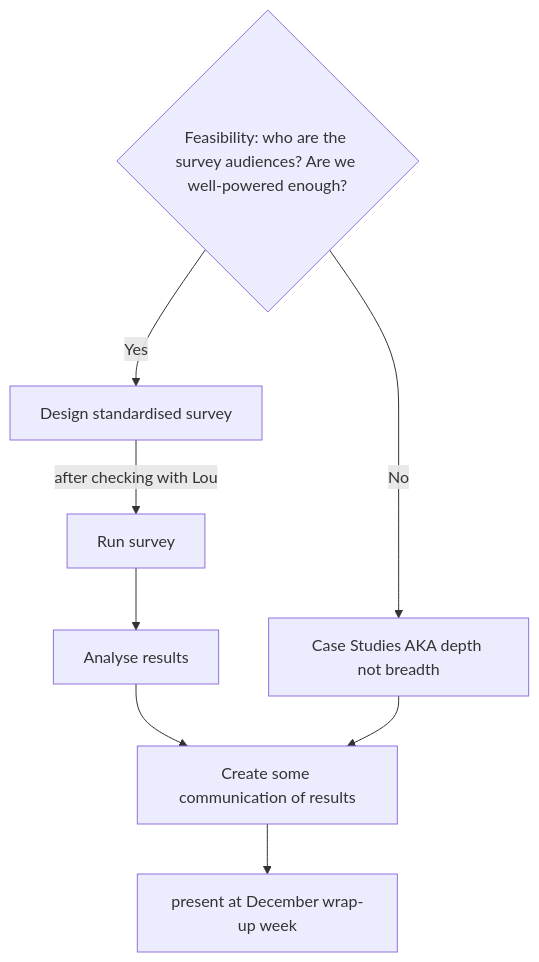
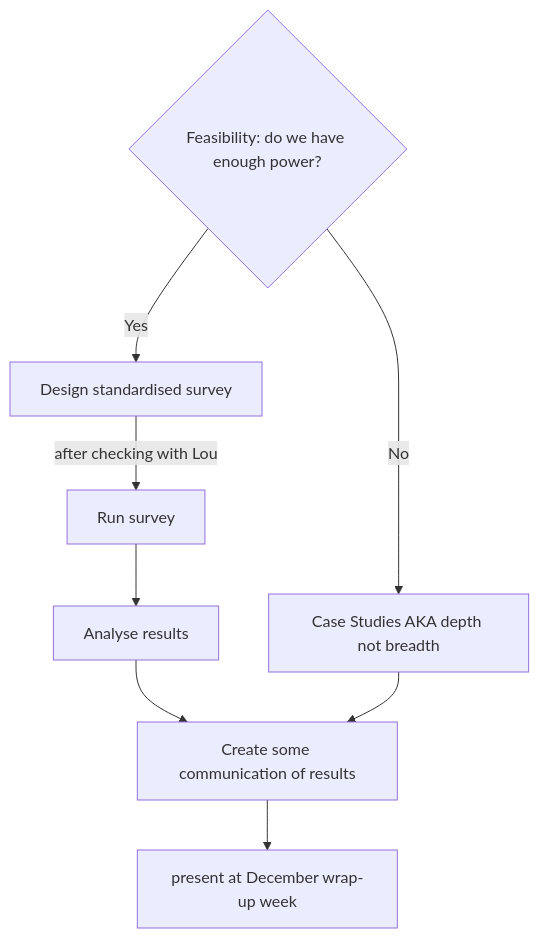
One commit to tobyhodges/cefp-group-project-plan changed the diagram in index.md. Above: the diagram before and after it, drawn with Mermaid. The commit also changed other lines of this file, not shown here.

```diff
--- a/index.md
+++ b/index.md
@@ -6,10 +6,16 @@
 <div class="mermaid">
 graph TD
-    start{Feasibility: who are the survey audiences? Are we well-powered enough?} -->|Yes| design[Design standardised survey]
+    start{Feasibility: do we have enough power?} -->|Yes| design[Design standardised survey]
     design -->|after checking with Lou| run[Run survey]
     run --> analyse[Analyse results]
     analyse --> communicate[Create some communication of results]
     start -->|No| casestudies[Case Studies AKA depth not breadth]
     casestudies --> communicate
-    communicate --> present[present at December wrap-up week]
+    communicate --> present[present at December wrap-up week];
+    click start "#feasibility"
+    click design "#design"
+    click run "#run"
+    click analyse "#analyse"
+    click communicate "#communicate"
+    click casestudies "#case"
 </div>
```
